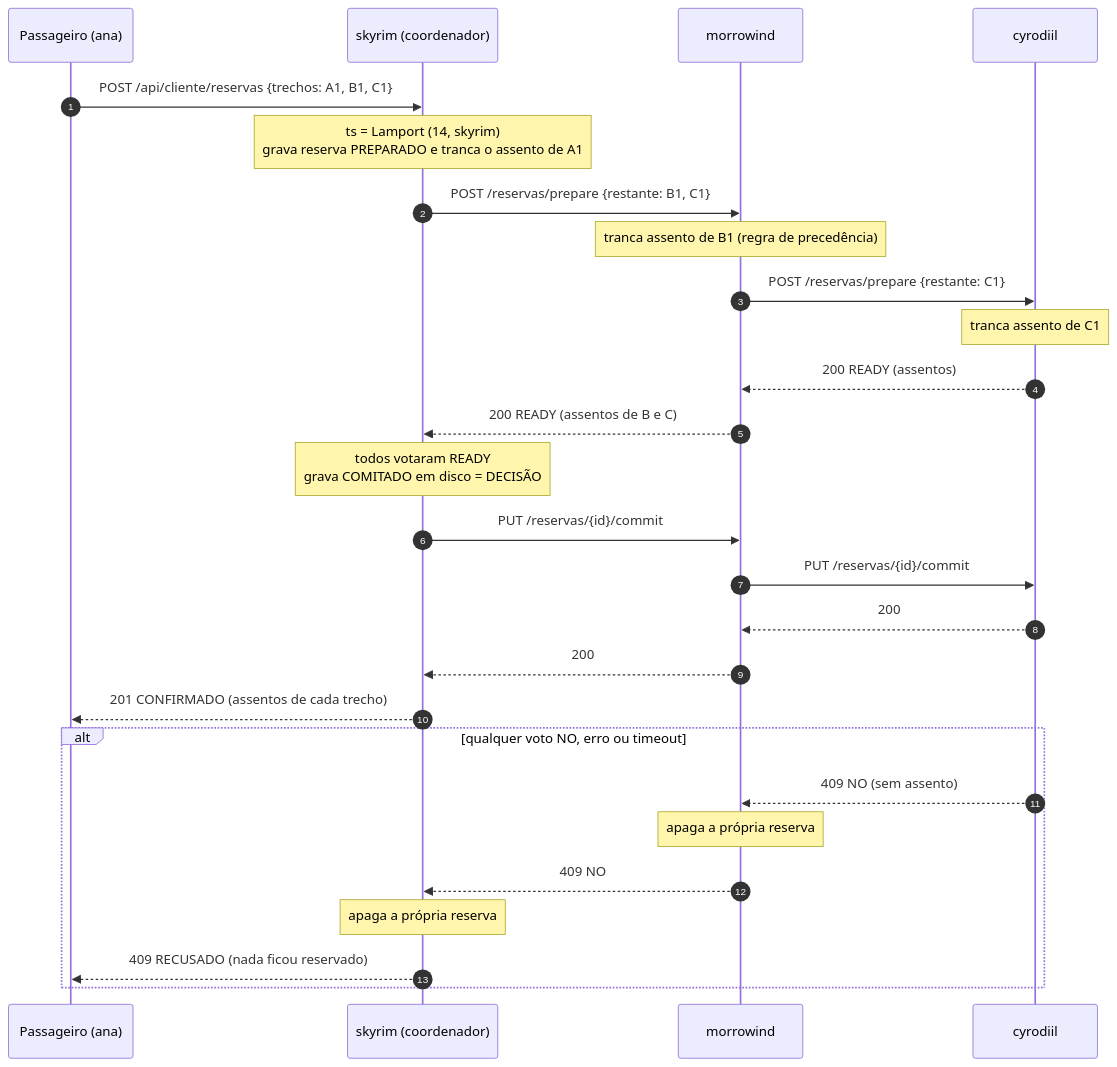
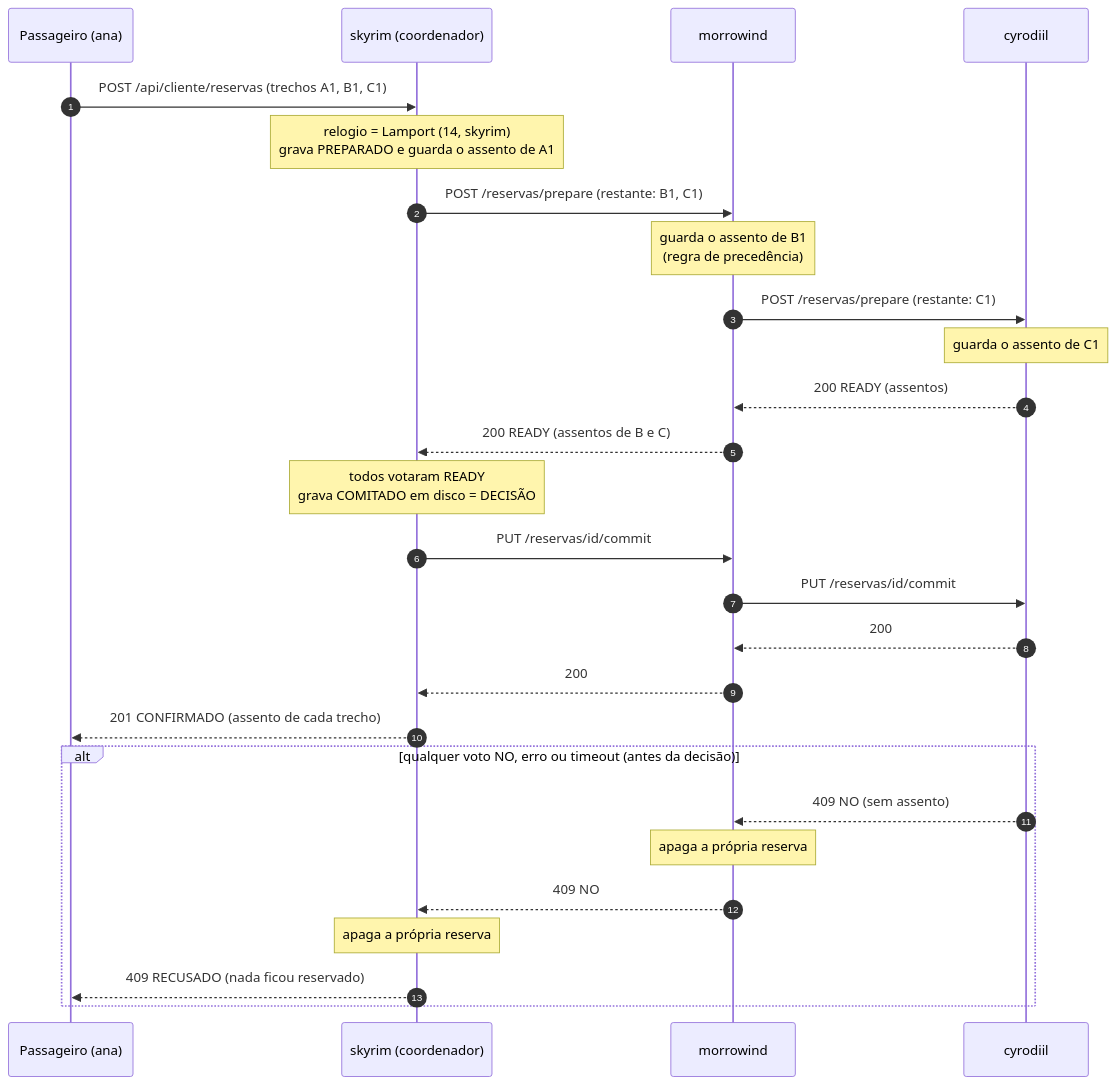
The second of 4 diagrams in README.md (SATURN11DAE/TAMRIEL_sistemaDistribuido), drawn with Mermaid before and after one commit. The commit also changed other lines of this file and 29 other files, not shown here.

````diff
--- a/README.md
+++ b/README.md
@@ -360,31 +403,31 @@
 ```mermaid
 sequenceDiagram
     autonumber
     participant P as Passageiro (ana)
     participant A as skyrim (coordenador)
     participant B as morrowind
     participant C as cyrodiil
 
-    P->>A: POST /api/cliente/reservas {trechos: A1, B1, C1}
-    Note over A: ts = Lamport (14, skyrim)<br/>grava reserva PREPARADO e tranca o assento de A1
-    A->>B: POST /reservas/prepare {restante: B1, C1}
-    Note over B: tranca assento de B1 (regra de precedência)
-    B->>C: POST /reservas/prepare {restante: C1}
-    Note over C: tranca assento de C1
+    P->>A: POST /api/cliente/reservas (trechos A1, B1, C1)
+    Note over A: relogio = Lamport (14, skyrim)<br/>grava PREPARADO e guarda o assento de A1
+    A->>B: POST /reservas/prepare (restante: B1, C1)
+    Note over B: guarda o assento de B1<br/>(regra de precedência)
+    B->>C: POST /reservas/prepare (restante: C1)
+    Note over C: guarda o assento de C1
     C-->>B: 200 READY (assentos)
     B-->>A: 200 READY (assentos de B e C)
     Note over A: todos votaram READY<br/>grava COMITADO em disco = DECISÃO
-    A->>B: PUT /reservas/{id}/commit
-    B->>C: PUT /reservas/{id}/commit
+    A->>B: PUT /reservas/id/commit
+    B->>C: PUT /reservas/id/commit
     C-->>B: 200
     B-->>A: 200
-    A-->>P: 201 CONFIRMADO (assentos de cada trecho)
+    A-->>P: 201 CONFIRMADO (assento de cada trecho)
 
-    alt qualquer voto NO, erro ou timeout
+    alt qualquer voto NO, erro ou timeout (antes da decisão)
         C-->>B: 409 NO (sem assento)
         Note over B: apaga a própria reserva
         B-->>A: 409 NO
         Note over A: apaga a própria reserva
         A-->>P: 409 RECUSADO (nada ficou reservado)
     end
 ```
````
